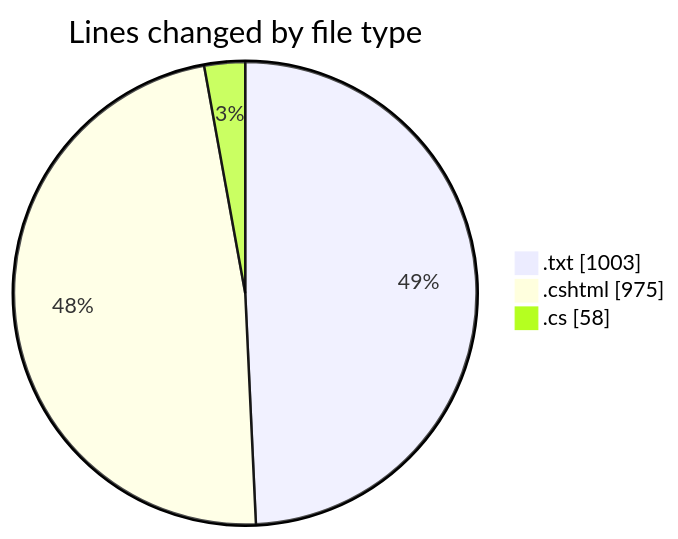
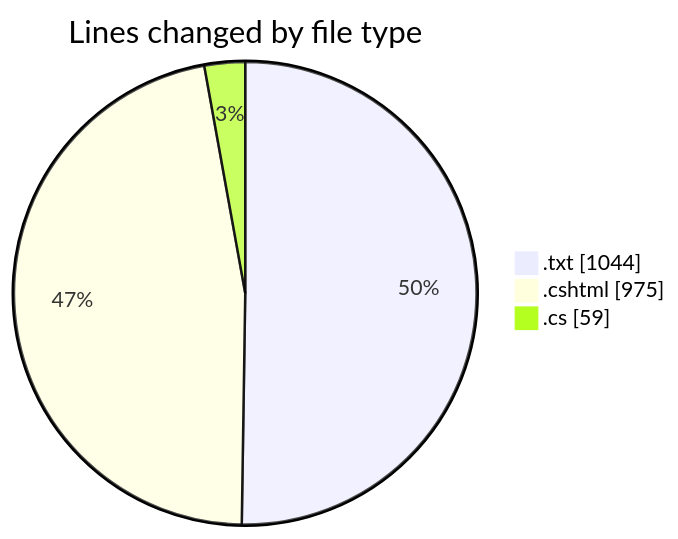
One commit to lephambinh05/code-tracking changed the first of 2 diagrams in 2025-07-25/quanlyrapchieuphim-1/README.md. Above: the diagram before and after it, drawn with Mermaid. The commit also changed other lines of this file and 1 other file, not shown here.

````diff
--- a/2025-07-25/quanlyrapchieuphim-1/README.md
+++ b/2025-07-25/quanlyrapchieuphim-1/README.md
@@ -23,7 +23,7 @@
 ```mermaid
 pie showData
 title Lines changed by file type
-".txt" : 1003
+".txt" : 1044
 ".cshtml" : 975
-".cs" : 58
+".cs" : 59
 ```
````
